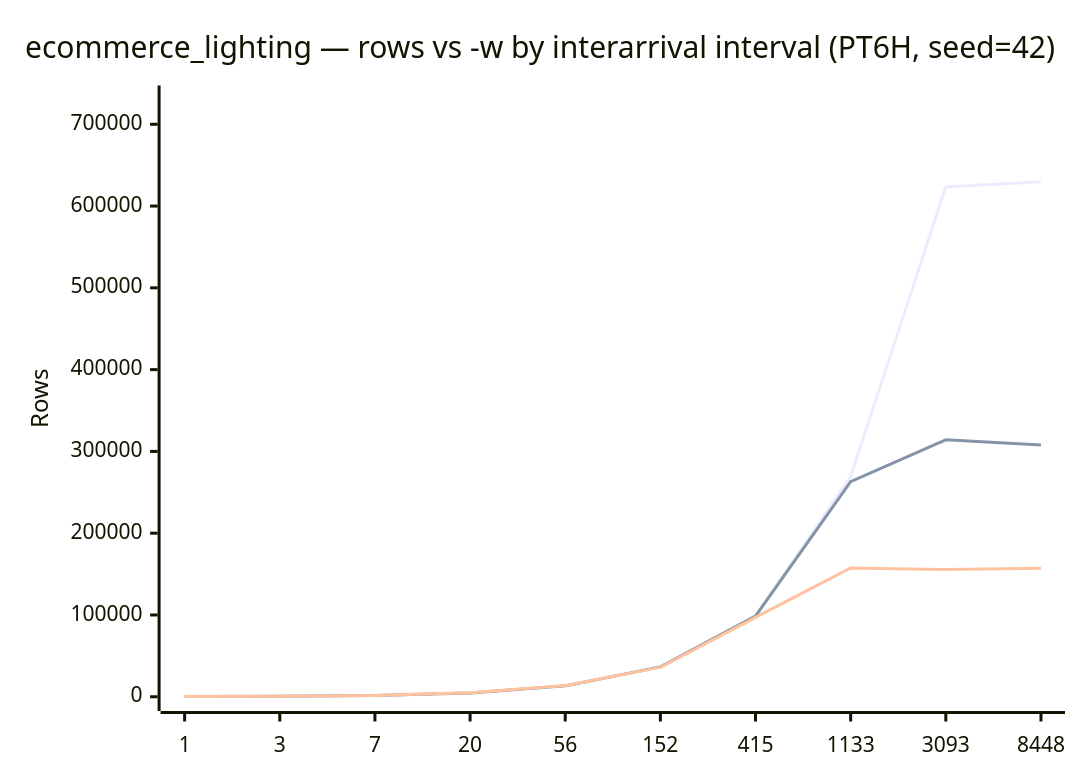
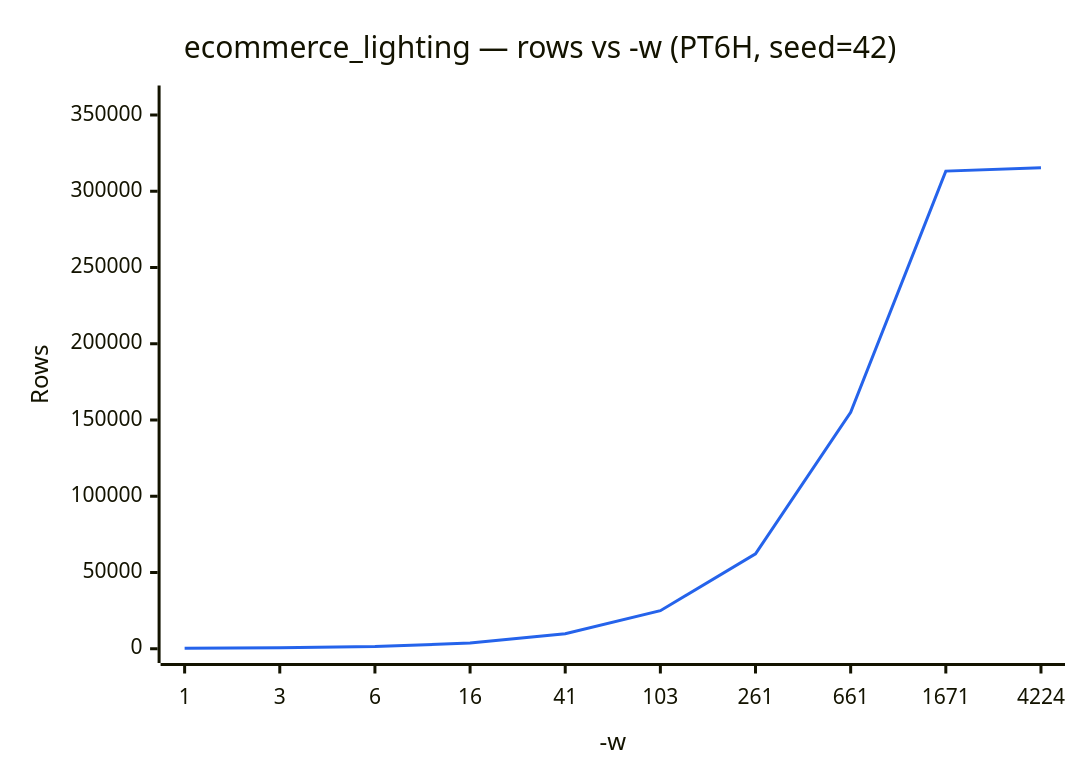
One commit to implydata/imply-eventgenerator changed the fifth of 5 diagrams in docs/presets/ecommerce_lighting.md. Above: the diagram before and after it, drawn with Mermaid. The commit also changed other lines of this file and 6 other files, not shown here.

````diff
--- a/docs/presets/ecommerce_lighting.md
+++ b/docs/presets/ecommerce_lighting.md
@@ -207,9 +192,8 @@
 ```mermaid
+%%{init: {'themeVariables': {'xyChart': {'plotColorPalette': '#2563eb'}}}}%%
 xychart-beta
-    title "ecommerce_lighting — rows vs -w by interarrival interval (PT6H, seed=42)"
-    x-axis [1, 3, 7, 20, 56, 152, 415, 1133, 3093, 8448]
-    y-axis "Rows" 0 --> 730000
-    line [256, 745, 1717, 4913, 13309, 36306, 98807, 269641, 623397, 629831]
-    line [256, 734, 1671, 4646, 13301, 36530, 98536, 263054, 314170, 307943]
-    line [256, 703, 1666, 4844, 13660, 35897, 96976, 157490, 155461, 157076]
+    title "ecommerce_lighting — rows vs -w (PT6H, seed=42)"
+    x-axis "-w" [1, 3, 6, 16, 41, 103, 261, 661, 1671, 4224]
+    y-axis "Rows" 0 --> 360000
+    line [256, 703, 1429, 3748, 9841, 24967, 62247, 155077, 313204, 315356]
 ```
````
